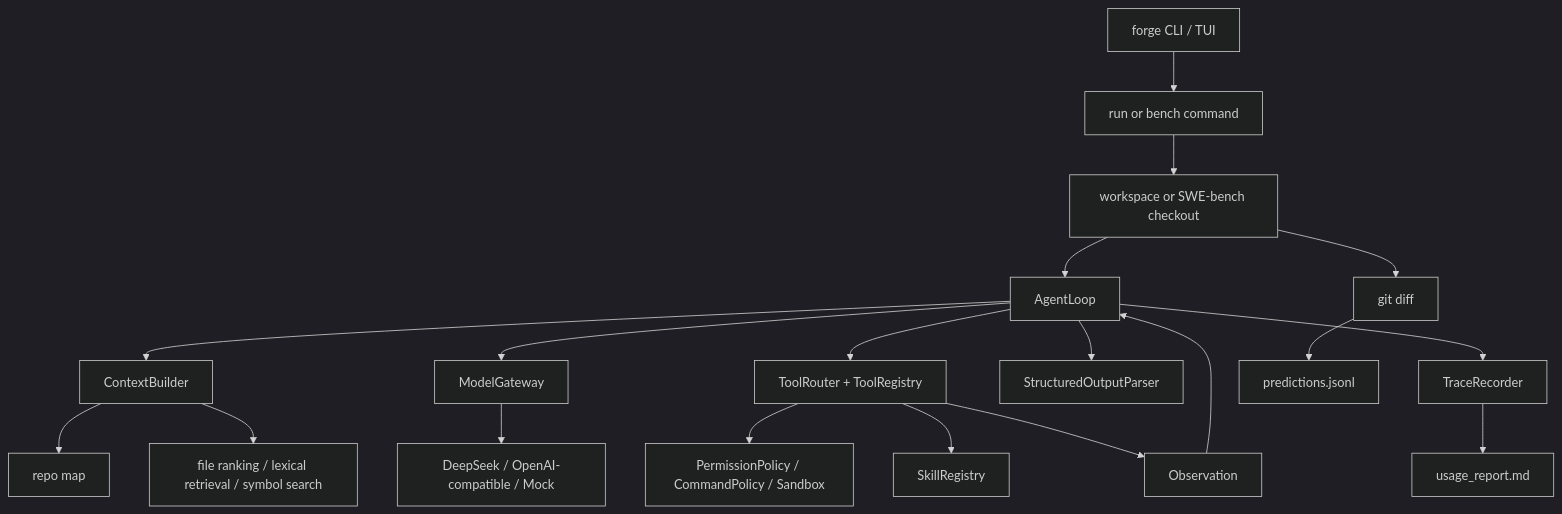
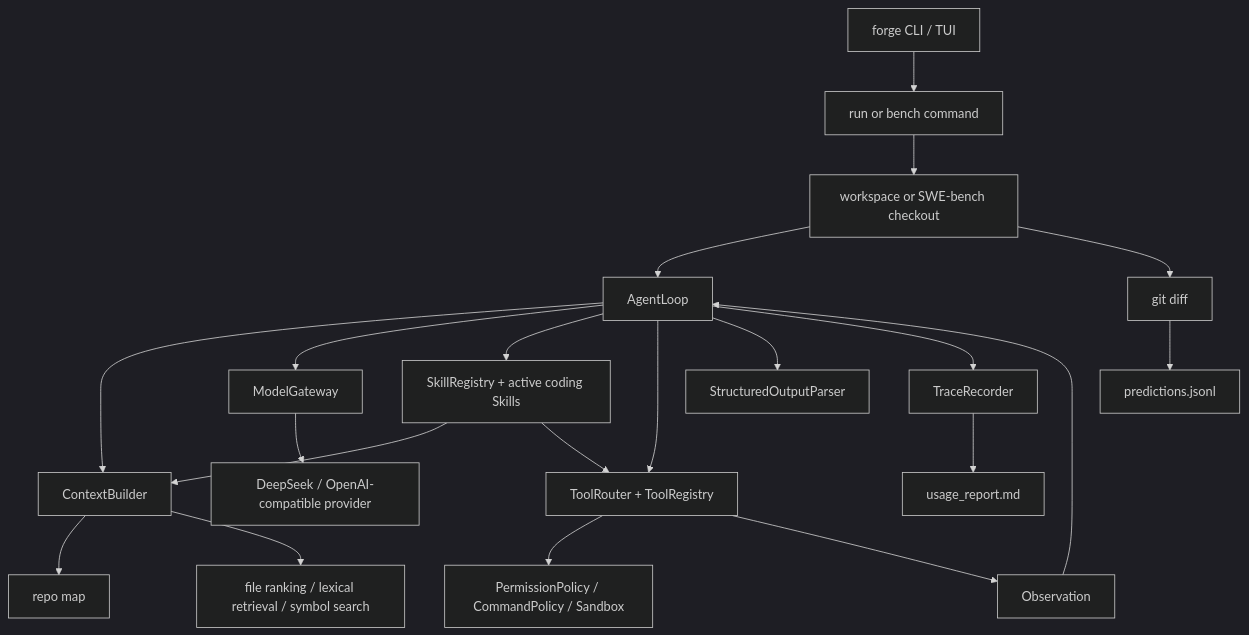
Before and after one commit to semi-hollow/NanoHarness: the diagram in docs/architecture.md, drawn with Mermaid (dark theme). The commit also changed other lines of this file and 44 other files, not shown here.

````diff
--- a/docs/architecture.md
+++ b/docs/architecture.md
@@ -10,21 +10,23 @@
 ```mermaid
 flowchart TD
     User["forge CLI / TUI"] --> Run["run or bench command"]
     Run --> Workspace["workspace or SWE-bench checkout"]
     Workspace --> Loop["AgentLoop"]
     Loop --> Context["ContextBuilder"]
     Context --> RepoMap["repo map"]
     Context --> Ranking["file ranking / lexical retrieval / symbol search"]
     Loop --> Model["ModelGateway"]
-    Model --> Provider["DeepSeek / OpenAI-compatible / Mock"]
+    Model --> Provider["DeepSeek / OpenAI-compatible provider"]
+    Loop --> Skills["SkillRegistry + active coding Skills"]
+    Skills --> Context
+    Skills --> Tools
     Loop --> Tools["ToolRouter + ToolRegistry"]
     Loop --> Structured["StructuredOutputParser"]
     Tools --> Safety["PermissionPolicy / CommandPolicy / Sandbox"]
-    Tools --> Skills["SkillRegistry"]
     Tools --> Observation["Observation"]
     Observation --> Loop
     Loop --> Trace["TraceRecorder"]
     Trace --> Usage["usage_report.md"]
     Workspace --> Diff["git diff"]
     Diff --> Prediction["predictions.jsonl"]
 ```
````
